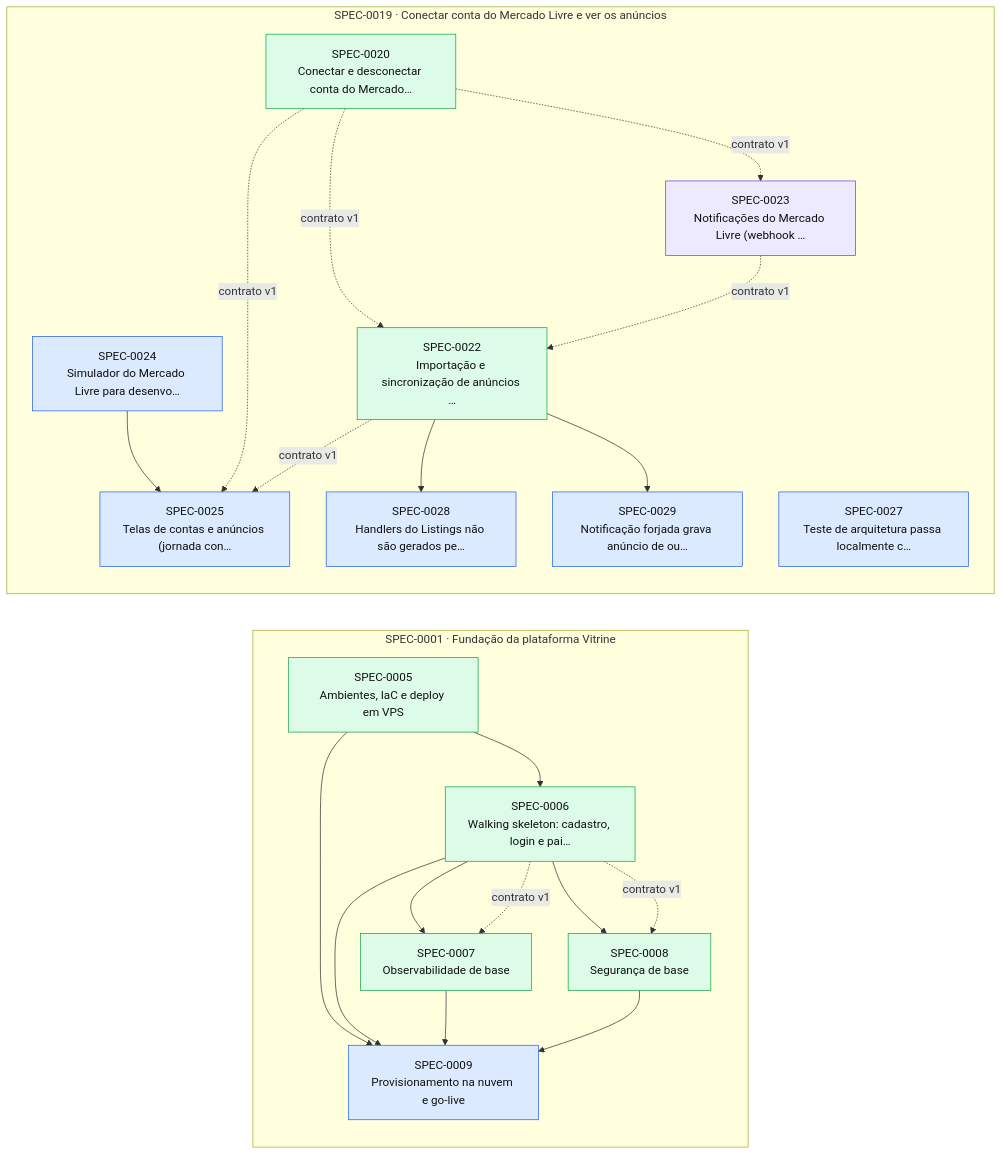
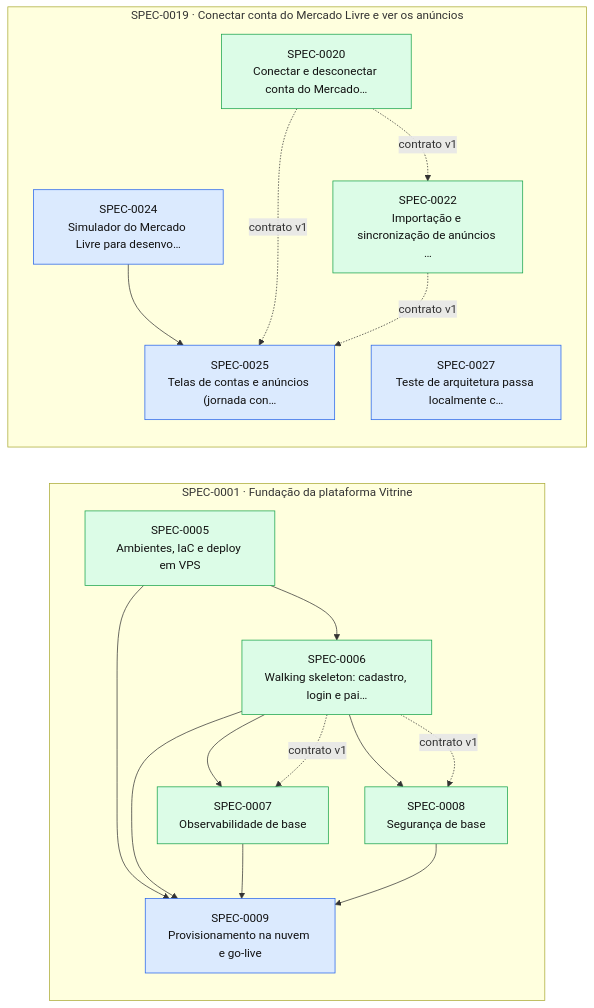
One commit to thomasravache/vitrine changed the diagram in docs/specs/INDEX.md. Above: the diagram before and after it, drawn with Mermaid. The commit also changed other lines of this file and 3 other files, not shown here.

````diff
--- a/docs/specs/INDEX.md
+++ b/docs/specs/INDEX.md
@@ -64,42 +61,35 @@
 ```mermaid
 flowchart LR
   subgraph E0001["SPEC-0001 · Fundação da plataforma Vitrine"]
     S0005["SPEC-0005<br/>Ambientes, IaC e deploy em VPS"]:::implemented
     S0006["SPEC-0006<br/>Walking skeleton: cadastro, login e pai…"]:::implemented
     S0007["SPEC-0007<br/>Observabilidade de base"]:::implemented
     S0008["SPEC-0008<br/>Segurança de base"]:::implemented
     S0009["SPEC-0009<br/>Provisionamento na nuvem e go-live"]:::approved
   end
   subgraph E0019["SPEC-0019 · Conectar conta do Mercado Livre e ver os anúncios"]
     S0020["SPEC-0020<br/>Conectar e desconectar conta do Mercado…"]:::implemented
     S0022["SPEC-0022<br/>Importação e sincronização de anúncios …"]:::implemented
-    S0023["SPEC-0023<br/>Notificações do Mercado Livre (webhook …"]:::inprogress
     S0024["SPEC-0024<br/>Simulador do Mercado Livre para desenvo…"]:::approved
     S0025["SPEC-0025<br/>Telas de contas e anúncios (jornada con…"]:::approved
     S0027["SPEC-0027<br/>Teste de arquitetura passa localmente c…"]:::approved
-    S0028["SPEC-0028<br/>Handlers do Listings não são gerados pe…"]:::approved
-    S0029["SPEC-0029<br/>Notificação forjada grava anúncio de ou…"]:::approved
   end
   S0005 --> S0006
   S0006 --> S0007
   S0006 -. contrato v1 .-> S0007
   S0006 --> S0008
   S0006 -. contrato v1 .-> S0008
   S0005 --> S0009
   S0006 --> S0009
   S0007 --> S0009
   S0008 --> S0009
   S0020 -. contrato v1 .-> S0022
-  S0023 -. contrato v1 .-> S0022
-  S0020 -. contrato v1 .-> S0023
   S0024 --> S0025
   S0020 -. contrato v1 .-> S0025
   S0022 -. contrato v1 .-> S0025
-  S0022 --> S0028
-  S0022 --> S0029
   classDef proposed fill:#fef3c7,stroke:#d97706,color:#111
   classDef approved fill:#dbeafe,stroke:#2563eb,color:#111
   classDef inprogress fill:#ede9fe,stroke:#7c3aed,color:#111
   classDef implemented fill:#dcfce7,stroke:#16a34a,color:#111
   classDef deprecated fill:#f3f4f6,stroke:#9ca3af,color:#6b7280
 ```
````
